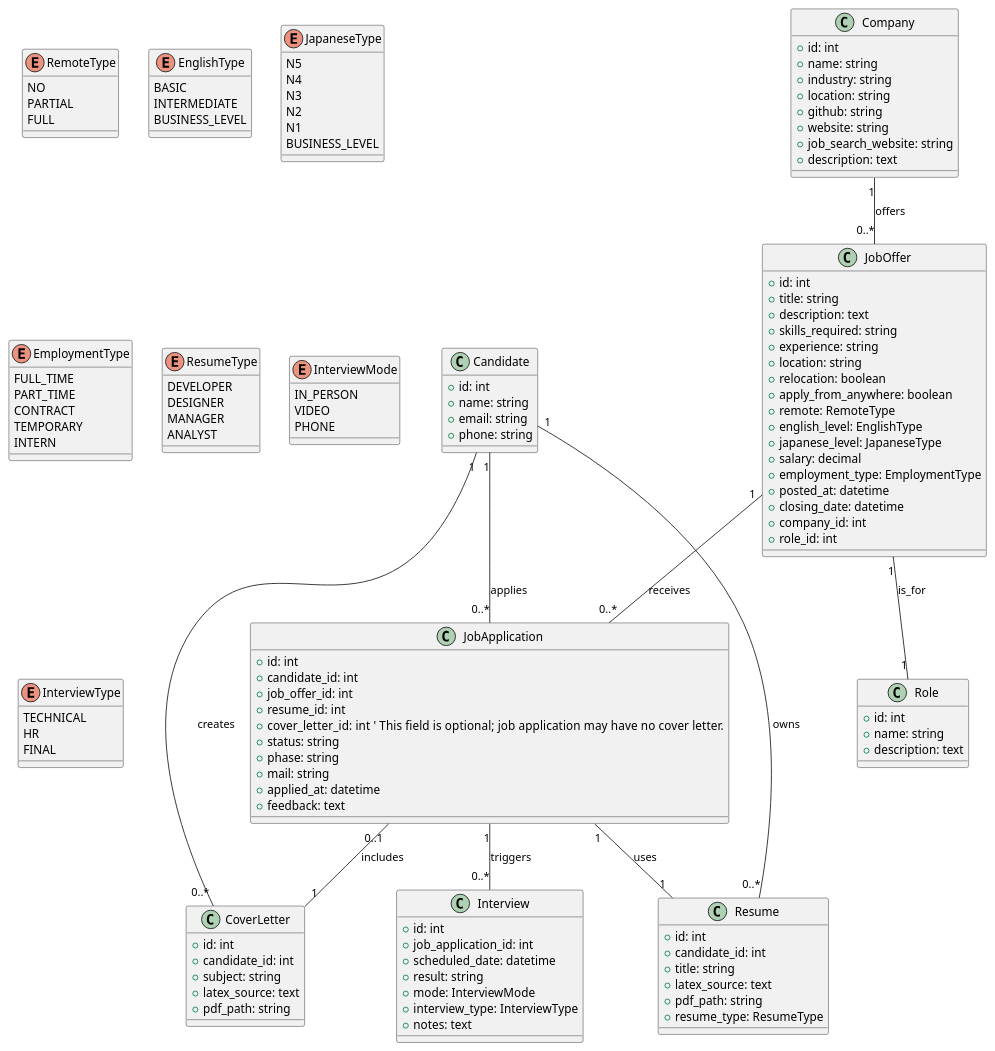
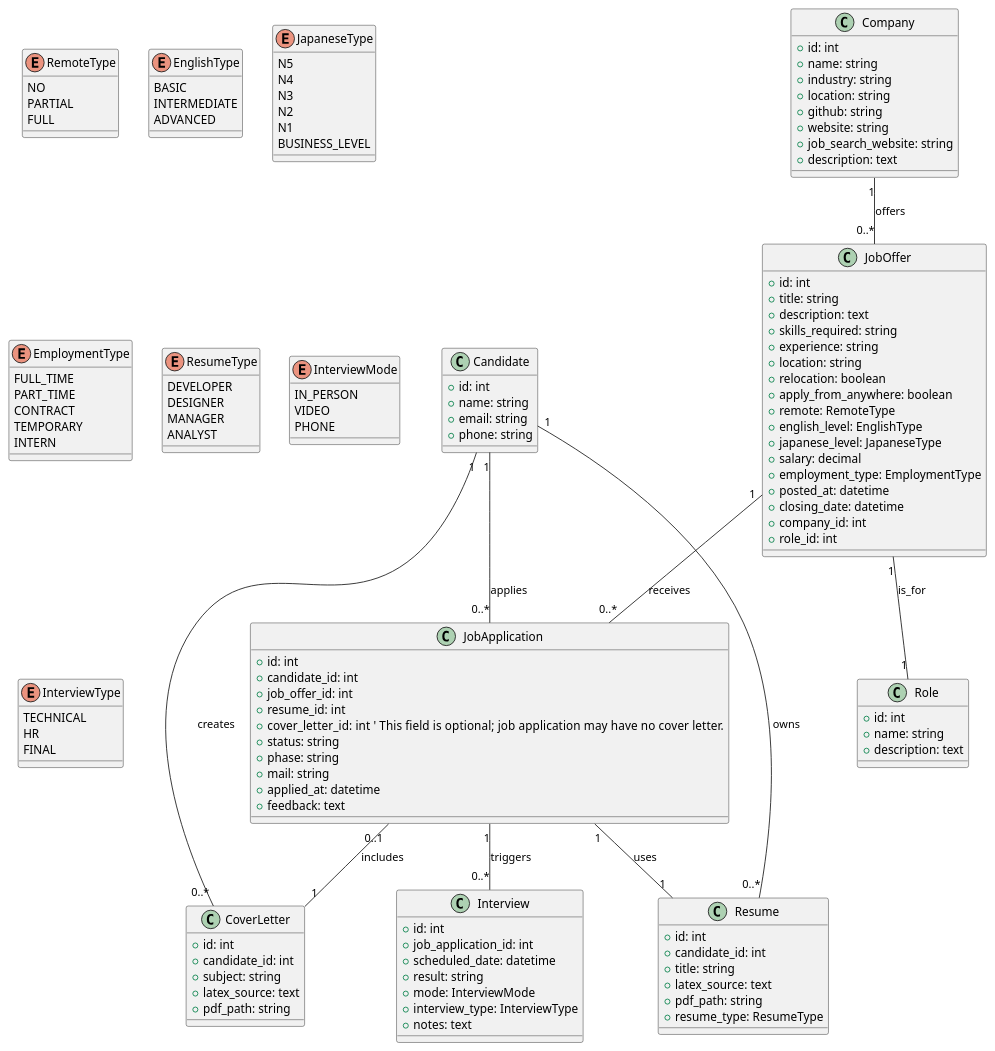
One commit to cryptrunner49/job-hunters changed the diagram in docs/class_diagram.puml. Above: the diagram before and after it, drawn with PlantUML. The commit also changed 4 other files, not shown here.

```diff
--- a/docs/class_diagram.puml
+++ b/docs/class_diagram.puml
@@ -1,158 +1,158 @@
 @startuml
 
 ' Candidate represents a user applying to jobs.
 class Candidate {
   + id: int
   + name: string
   + email: string
   + phone: string
 }
 
 ' Company offers many JobOffers.
 class Company {
   + id: int
   + name: string
   + industry: string
   + location: string
   + github: string
   + website: string
   + job_search_website: string
   + description: text
 }
 
 ' Role defines the position for a JobOffer.
 class Role {
   + id: int
   + name: string
   + description: text
 }
 
 ' JobOffer belongs to one Company and is associated with one Role.
 class JobOffer {
   + id: int
   + title: string
   + description: text
   + skills_required: string
   + experience: string
   + location: string
   + relocation: boolean
   + apply_from_anywhere: boolean
   + remote: RemoteType
   + english_level: EnglishType
   + japanese_level: JapaneseType
   + salary: decimal
   + employment_type: EmploymentType
   + posted_at: datetime
   + closing_date: datetime
   + company_id: int
   + role_id: int
 }
 
 ' Resume represents one of the candidate's CVs.
 class Resume {
   + id: int
   + candidate_id: int
   + title: string
   + latex_source: text
   + pdf_path: string
   + resume_type: ResumeType
 }
 
 ' CoverLetter represents a cover letter a candidate can create.
 class CoverLetter {
   + id: int
   + candidate_id: int
   + subject: string
   + latex_source: text
   + pdf_path: string
 }
 
 ' JobApplication links a candidate (with a Resume and an optional CoverLetter) to a JobOffer.
 class JobApplication {
   + id: int
   + candidate_id: int
   + job_offer_id: int
   + resume_id: int
   + cover_letter_id: int   ' This field is optional; job application may have no cover letter.
   + status: string
   + phase: string
   + mail: string
   + applied_at: datetime
   + feedback: text
 }
 
 ' Interview is scheduled for a JobApplication.
 class Interview {
   + id: int
   + job_application_id: int
   + scheduled_date: datetime
   + result: string
   + mode: InterviewMode
   + interview_type: InterviewType
   + notes: text
 }
 
 ' Enum definitions
 enum RemoteType {
   NO
   PARTIAL
   FULL
 }
 
 enum EnglishType {
   BASIC
   INTERMEDIATE
-  BUSINESS_LEVEL
+  ADVANCED
 }
 
 enum JapaneseType {
   N5
   N4
   N3
   N2
   N1
   BUSINESS_LEVEL
 }
 
 enum EmploymentType {
   FULL_TIME
   PART_TIME
   CONTRACT
   TEMPORARY
   INTERN
 }
 
 enum ResumeType {
   DEVELOPER
   DESIGNER
   MANAGER
   ANALYST
 }
 
 enum InterviewMode {
   IN_PERSON
   VIDEO
   PHONE
 }
 
 enum InterviewType {
   TECHNICAL
   HR
   FINAL
 }
 
 ' Define relationships
 Candidate "1" -- "0..*" Resume : owns
 Candidate "1" -- "0..*" CoverLetter : creates
 Candidate "1" -- "0..*" JobApplication : applies
 
 Company "1" -- "0..*" JobOffer : offers
 
 JobOffer "1" -- "1" Role : is_for
 JobOffer "1" -- "0..*" JobApplication : receives
 
 JobApplication "1" -- "1" Resume : uses
 JobApplication "0..1" -- "1" CoverLetter : includes
 JobApplication "1" -- "0..*" Interview : triggers
 
 @enduml
```
